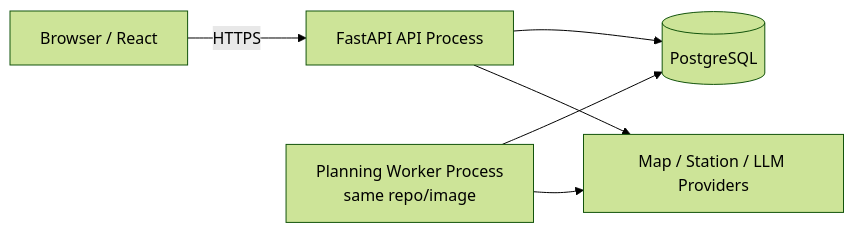
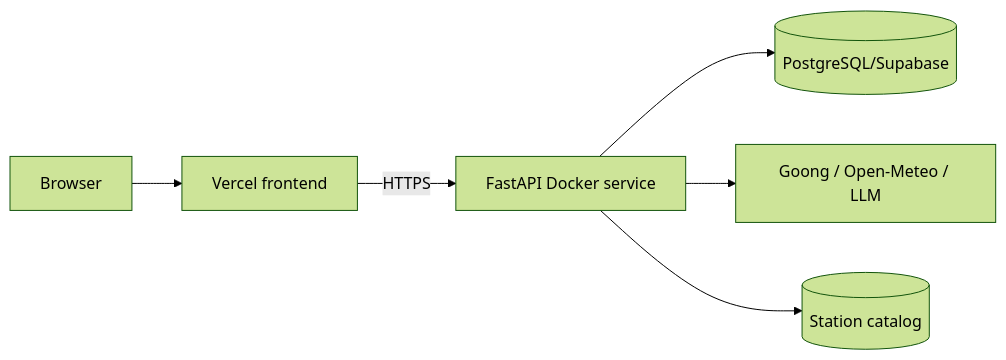
The second of 5 diagrams in docs/TECHNICAL_ARCHITECTURE_AI_EV_AGENT_v3.1.md (hoangnph951/Deploy_EV), drawn with Mermaid (forest theme) before and after one commit. The commit also changed other lines of this file and 106 other files, not shown here.

````diff
--- a/docs/TECHNICAL_ARCHITECTURE_AI_EV_AGENT_v3.1.md
+++ b/docs/TECHNICAL_ARCHITECTURE_AI_EV_AGENT_v3.1.md
@@ -181,8 +110,8 @@
 ```mermaid
 flowchart LR
-    Browser[Browser / React] -->|HTTPS| API[FastAPI API Process]
-    API --> DB[(PostgreSQL)]
-    Worker[Planning Worker Process\nsame repo/image] --> DB
-    Worker --> Providers[Map / Station / LLM Providers]
-    API --> Providers
+    Browser[Browser] --> Vercel[Vercel frontend]
+    Vercel -->|HTTPS| API[FastAPI Docker service]
+    API --> DB[(PostgreSQL/Supabase)]
+    API --> Providers[Goong / Open-Meteo / LLM]
+    API --> Catalog[(Station catalog)]
 ```
````
